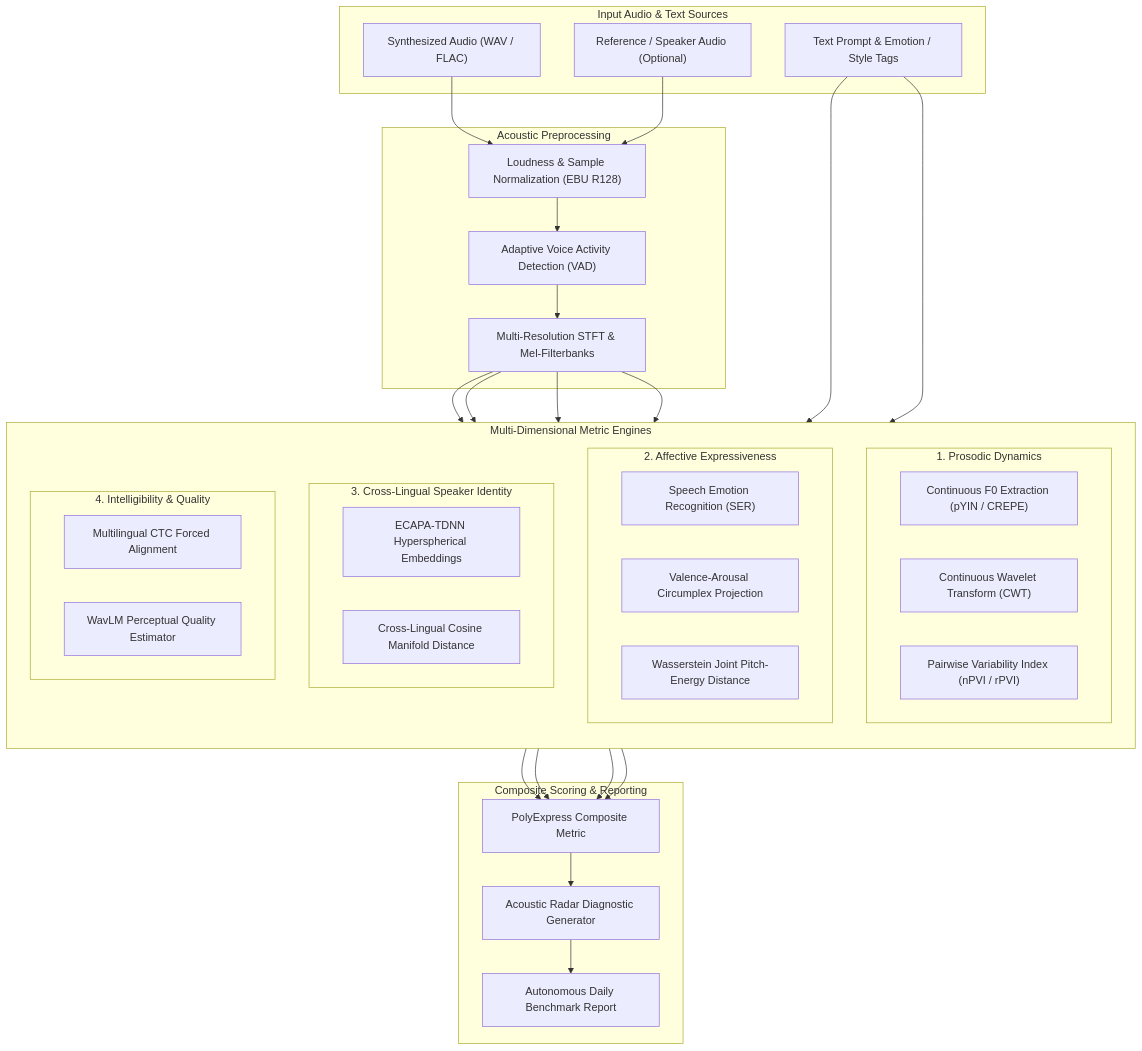
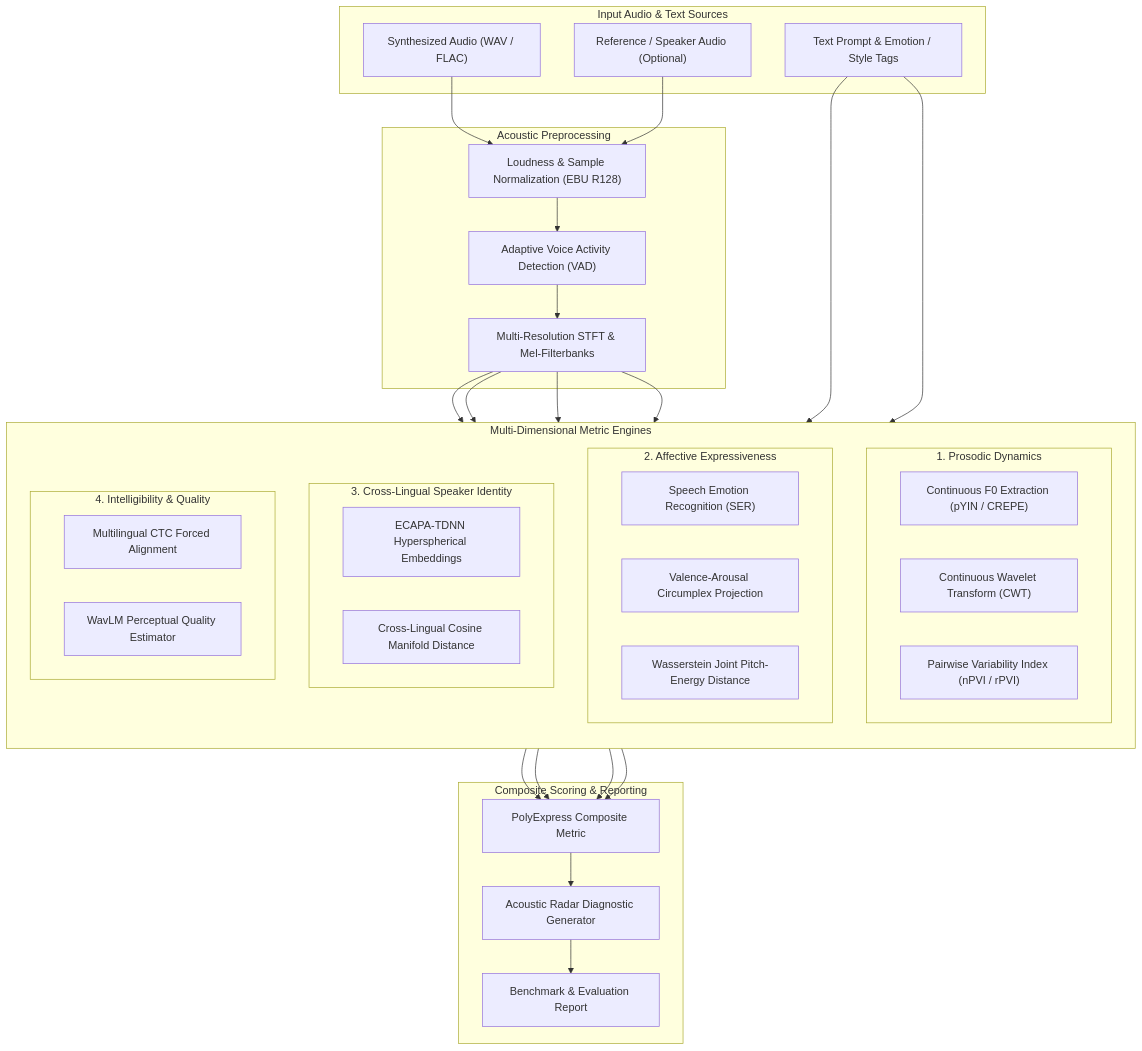
Before and after one commit to Scrooge-777/voxexpress-eval: the diagram in README.md, drawn with Mermaid. The commit also changed other lines of this file and 4 other files, not shown here.

Commit message:
refactor(pipeline): streamline evaluation suite and benchmark reporting

````diff
--- a/README.md
+++ b/README.md
@@ -29,58 +29,58 @@
 ```mermaid
 flowchart TD
     subgraph INPUT ["Input Audio & Text Sources"]
         SynthAudio["Synthesized Audio (WAV / FLAC)"]
         RefAudio["Reference / Speaker Audio (Optional)"]
         TextTranscript["Text Prompt & Emotion / Style Tags"]
     end
 
     subgraph PREPROC ["Acoustic Preprocessing"]
         Norm["Loudness & Sample Normalization (EBU R128)"]
         VAD["Adaptive Voice Activity Detection (VAD)"]
         STFT["Multi-Resolution STFT & Mel-Filterbanks"]
     end
 
     SynthAudio --> Norm --> VAD --> STFT
     RefAudio --> Norm
 
     subgraph METRIC_ENGINES ["Multi-Dimensional Metric Engines"]
         direction TB
         subgraph M1 ["1. Prosodic Dynamics"]
             pYIN["Continuous F0 Extraction (pYIN / CREPE)"]
             CWT["Continuous Wavelet Transform (CWT)"]
             PVI["Pairwise Variability Index (nPVI / rPVI)"]
         end
         subgraph M2 ["2. Affective Expressiveness"]
             SER["Speech Emotion Recognition (SER)"]
             V_A["Valence-Arousal Circumplex Projection"]
             W1["Wasserstein Joint Pitch-Energy Distance"]
         end
         subgraph M3 ["3. Cross-Lingual Speaker Identity"]
             ECAPA["ECAPA-TDNN Hyperspherical Embeddings"]
             CosSim["Cross-Lingual Cosine Manifold Distance"]
         end
         subgraph M4 ["4. Intelligibility & Quality"]
             Align["Multilingual CTC Forced Alignment"]
             NeuralMOS["WavLM Perceptual Quality Estimator"]
         end
     end
 
     STFT --> M1
     STFT --> M2
     STFT --> M3
     STFT --> M4
     TextTranscript --> M2
     TextTranscript --> M4
 
     subgraph AGGREGATION ["Composite Scoring & Reporting"]
         Composite["PolyExpress Composite Metric"]
         Radar["Acoustic Radar Diagnostic Generator"]
-        MarkdownReport["Autonomous Daily Benchmark Report"]
+        MarkdownReport["Benchmark & Evaluation Report"]
     end
 
     M1 --> Composite
     M2 --> Composite
     M3 --> Composite
     M4 --> Composite
     Composite --> Radar --> MarkdownReport
 ```
````
